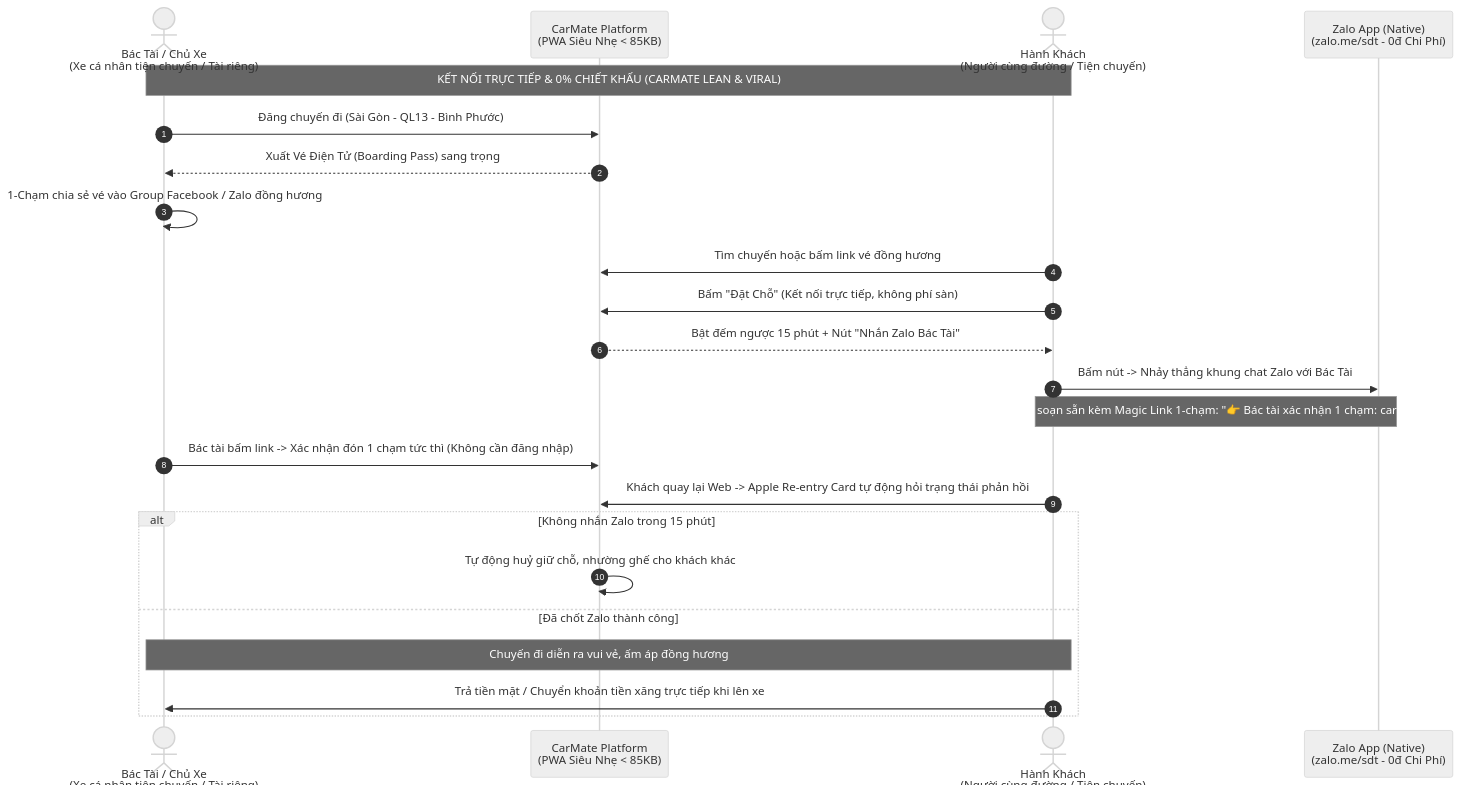
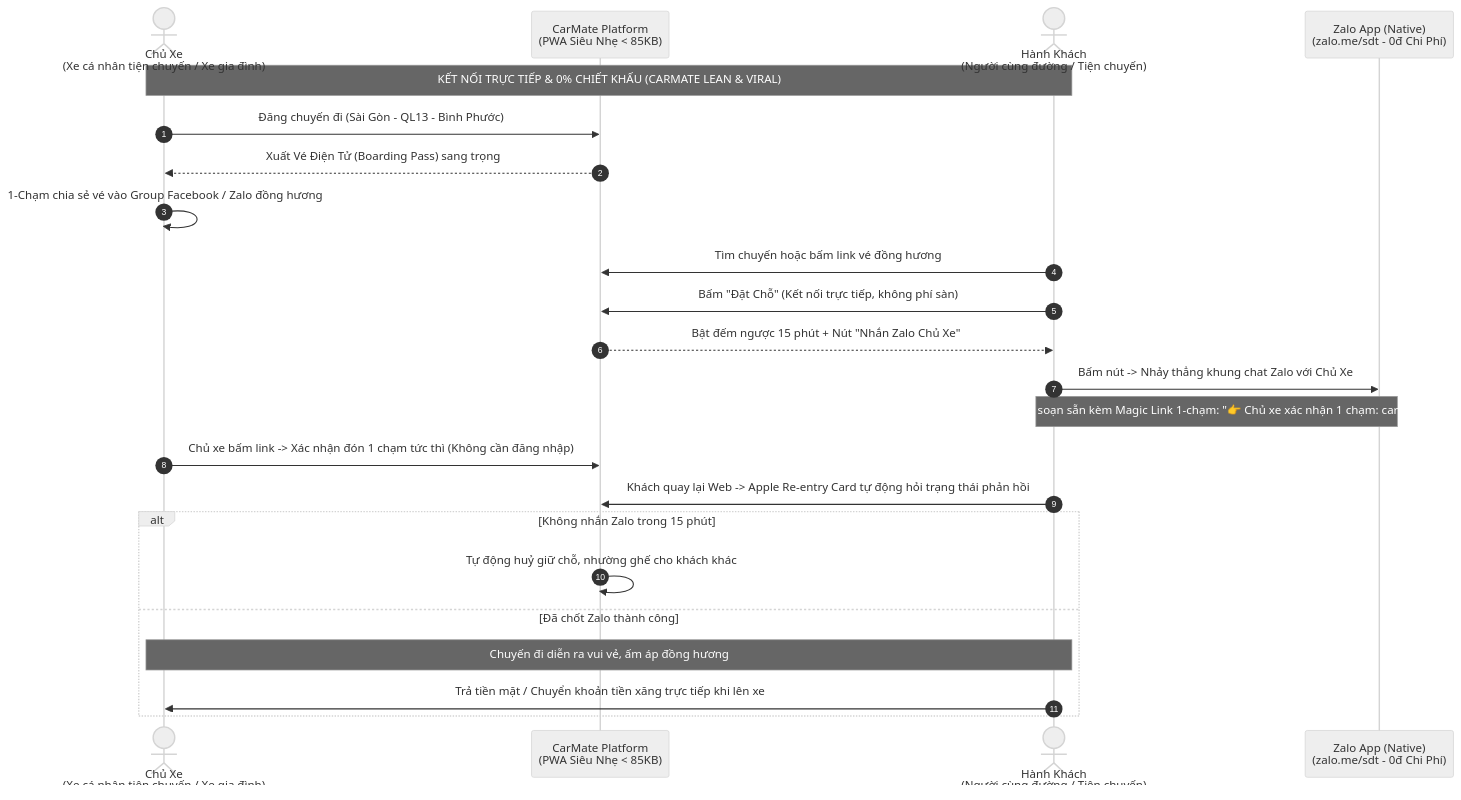
Before and after one commit to brianhuynh2021/carmate: the fourth of 5 diagrams in ARCHITECTURE.md, drawn with Mermaid (neutral theme). The commit also changed other lines of this file and 38 other files, not shown here.

````diff
--- a/ARCHITECTURE.md
+++ b/ARCHITECTURE.md
@@ -188,29 +188,29 @@
 ```mermaid
 sequenceDiagram
     autonumber
-    actor Driver as Bác Tài / Chủ Xe<br>(Xe cá nhân tiện chuyến / Tài riêng)
+    actor Driver as Chủ Xe<br>(Xe cá nhân tiện chuyến / Xe gia đình)
     participant Platform as CarMate Platform<br>(PWA Siêu Nhẹ < 85KB)
     actor Passenger as Hành Khách<br>(Người cùng đường / Tiện chuyến)
     participant Zalo as Zalo App (Native)<br>(zalo.me/sdt - 0đ Chi Phí)
 
     Note over Driver,Passenger: KẾT NỐI TRỰC TIẾP & 0% CHIẾT KHẤU (CARMATE LEAN & VIRAL)
     Driver->>Platform: Đăng chuyến đi (Sài Gòn - QL13 - Bình Phước)
     Platform-->>Driver: Xuất Vé Điện Tử (Boarding Pass) sang trọng
     Driver->>Driver: 1-Chạm chia sẻ vé vào Group Facebook / Zalo đồng hương
 
     Passenger->>Platform: Tìm chuyến hoặc bấm link vé đồng hương
     Passenger->>Platform: Bấm "Đặt Chỗ" (Kết nối trực tiếp, không phí sàn)
-    Platform-->>Passenger: Bật đếm ngược 15 phút + Nút "Nhắn Zalo Bác Tài"
+    Platform-->>Passenger: Bật đếm ngược 15 phút + Nút "Nhắn Zalo Chủ Xe"
 
-    Passenger->>Zalo: Bấm nút -> Nhảy thẳng khung chat Zalo với Bác Tài
-    Note over Passenger,Zalo: Tin nhắn soạn sẵn kèm Magic Link 1-chạm: "👉 Bác tài xác nhận 1 chạm: carmate.vn/#confirm-CX..."
-    Driver->>Platform: Bác tài bấm link -> Xác nhận đón 1 chạm tức thì (Không cần đăng nhập)
+    Passenger->>Zalo: Bấm nút -> Nhảy thẳng khung chat Zalo với Chủ Xe
+    Note over Passenger,Zalo: Tin nhắn soạn sẵn kèm Magic Link 1-chạm: "👉 Chủ xe xác nhận 1 chạm: carmate.vn/#confirm-CX..."
+    Driver->>Platform: Chủ xe bấm link -> Xác nhận đón 1 chạm tức thì (Không cần đăng nhập)
     Passenger->>Platform: Khách quay lại Web -> Apple Re-entry Card tự động hỏi trạng thái phản hồi
 
     alt Không nhắn Zalo trong 15 phút
         Platform->>Platform: Tự động huỷ giữ chỗ, nhường ghế cho khách khác
     else Đã chốt Zalo thành công
         Note over Driver,Passenger: Chuyến đi diễn ra vui vẻ, ấm áp đồng hương
         Passenger->>Driver: Trả tiền mặt / Chuyển khoản tiền xăng trực tiếp khi lên xe
     end
 ```
````
